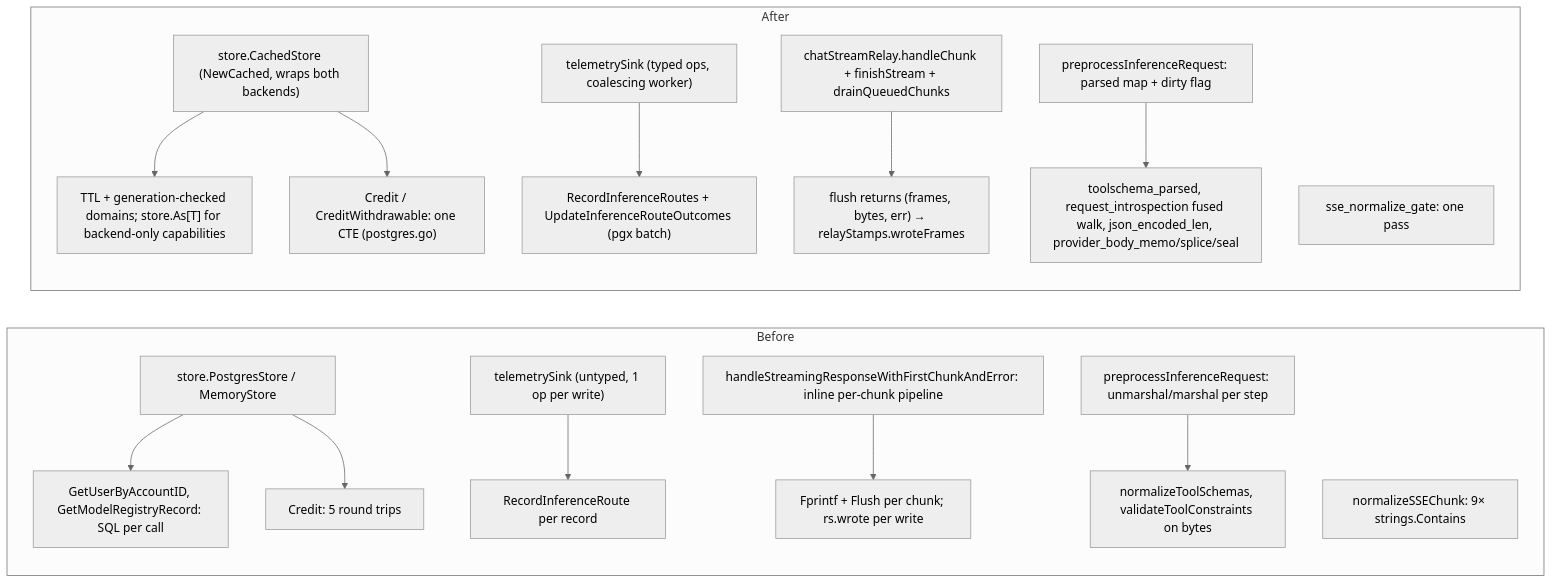
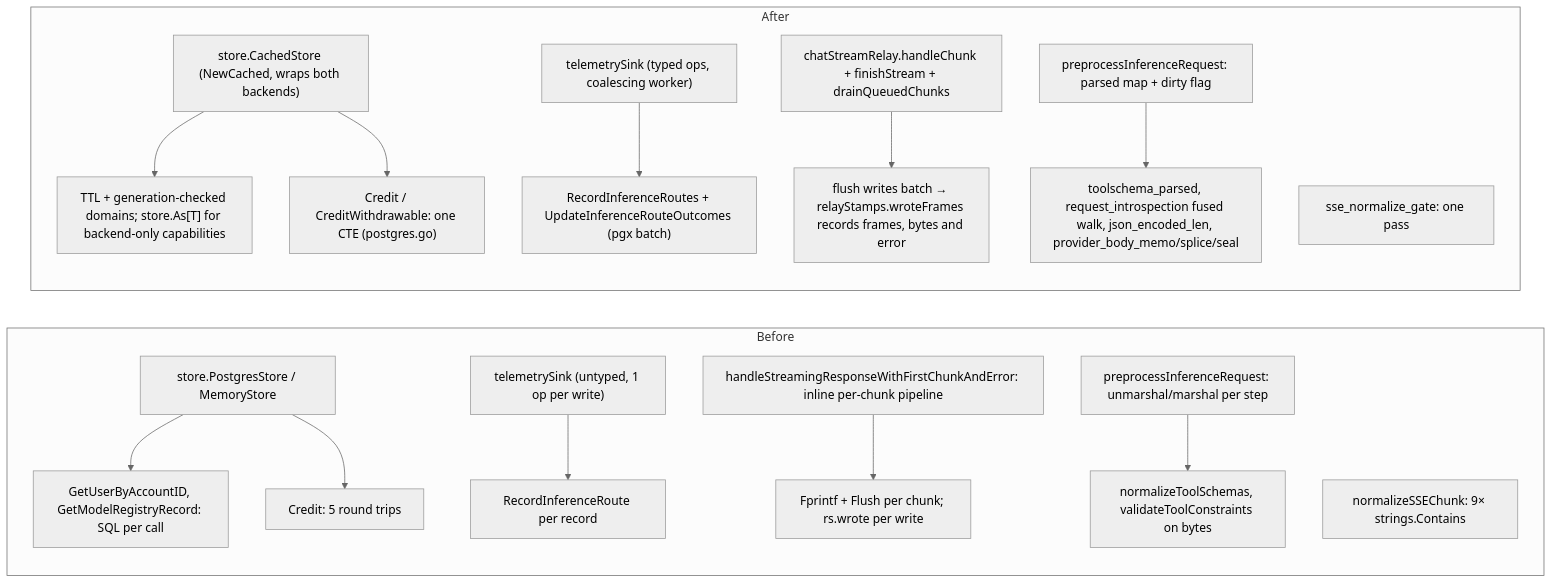
Before and after one commit to Rehan-shah/d-inference: the second of 2 diagrams in docs/reports/2026-09-03-perf-pr-a-body.md, drawn with Mermaid (neutral theme). The commit also changed other lines of this file and 2 other files, not shown here.

Commit message:
docs(perf): correct shutdown and relay timing guarantees

````diff
--- a/docs/reports/2026-09-03-perf-pr-a-body.md
+++ b/docs/reports/2026-09-03-perf-pr-a-body.md
@@ -53,19 +57,19 @@
 ```mermaid
 flowchart LR
   subgraph Before
     ST1["store.PostgresStore / MemoryStore"] --> Q1["GetUserByAccountID, GetModelRegistryRecord: SQL per call"]
     ST1 --> CR1["Credit: 5 round trips"]
     T1["telemetrySink (untyped, 1 op per write)"] --> U1["RecordInferenceRoute per record"]
     V1["handleStreamingResponseWithFirstChunkAndError: inline per-chunk pipeline"] --> W1["Fprintf + Flush per chunk; rs.wrote per write"]
     P1["preprocessInferenceRequest: unmarshal/marshal per step"] --> X1["normalizeToolSchemas, validateToolConstraints on bytes"]
     N1["normalizeSSEChunk: 9× strings.Contains"]
   end
   subgraph After
     ST2["store.CachedStore (NewCached, wraps both backends)"] --> Q2["TTL + generation-checked domains; store.As[T] for backend-only capabilities"]
     ST2 --> CR2["Credit / CreditWithdrawable: one CTE (postgres.go)"]
     T2["telemetrySink (typed ops, coalescing worker)"] --> U2["RecordInferenceRoutes + UpdateInferenceRouteOutcomes (pgx batch)"]
-    V2["chatStreamRelay.handleChunk + finishStream + drainQueuedChunks"] --> W2["flush returns (frames, bytes, err) → relayStamps.wroteFrames"]
+    V2["chatStreamRelay.handleChunk + finishStream + drainQueuedChunks"] --> W2["flush writes batch → relayStamps.wroteFrames records frames, bytes and error"]
     P2["preprocessInferenceRequest: parsed map + dirty flag"] --> X2["toolschema_parsed, request_introspection fused walk, json_encoded_len, provider_body_memo/splice/seal"]
     N2["sse_normalize_gate: one pass"]
   end
 ```
````
